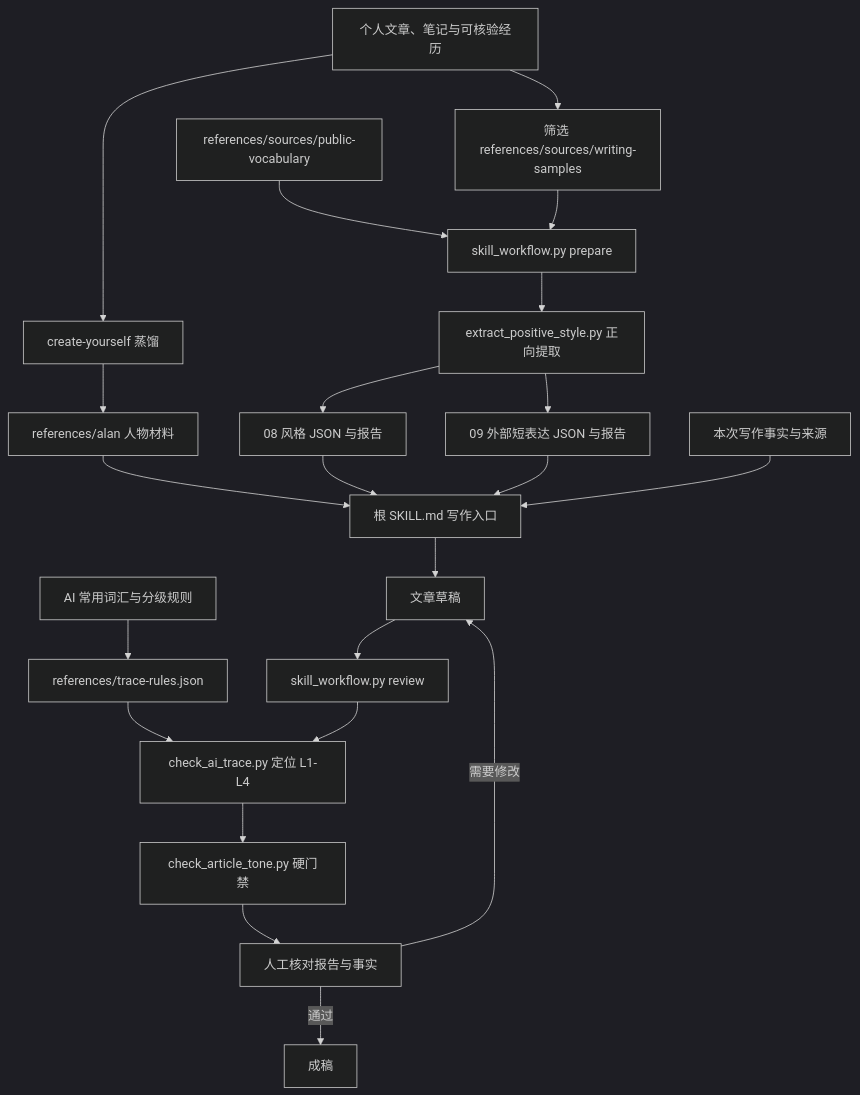
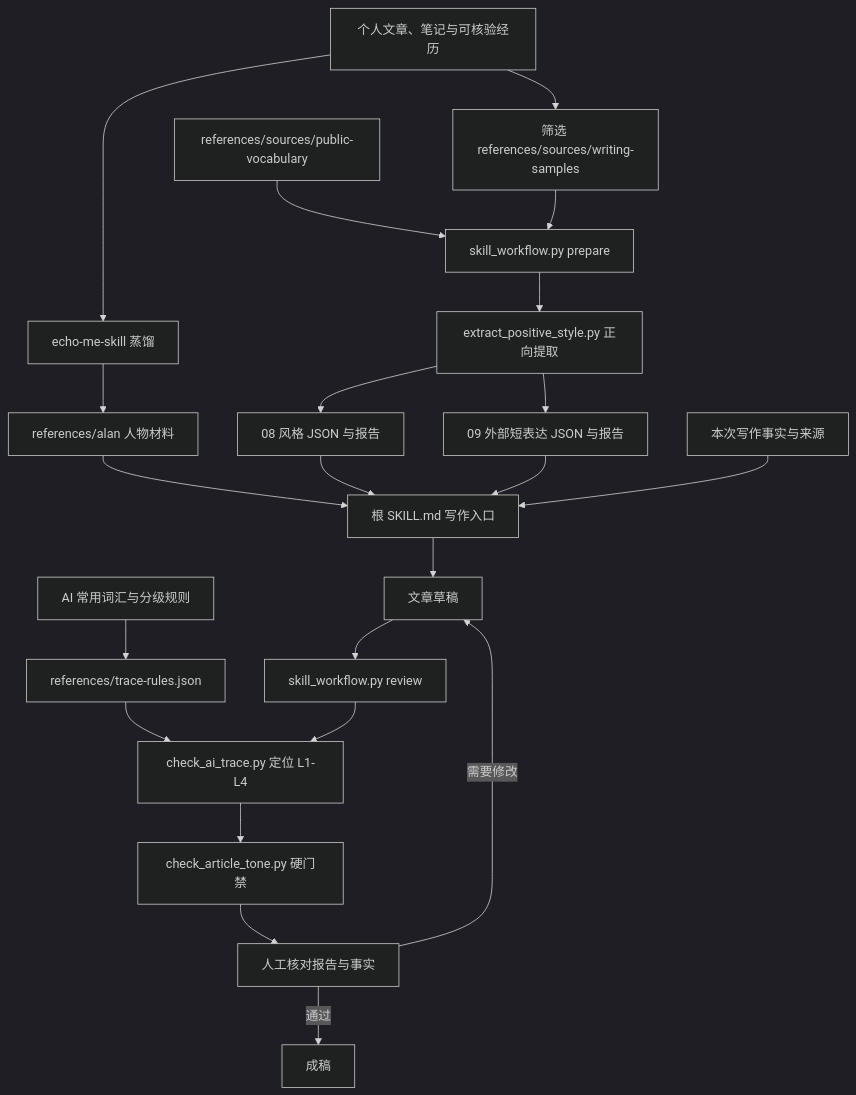
The diagram in src/content/articles/2026-09-23-我把个人口吻和去AI味接进同一个写作Skill-3a5fe2a8.md (xsoway/xsoway.github.io), drawn with Mermaid (dark theme) before and after one commit. The commit also changed other lines of this file and 5 other files, not shown here.

````diff
--- a/src/content/articles/2026-09-23-我把个人口吻和去AI味接进同一个写作Skill-3a5fe2a8.md
+++ b/src/content/articles/2026-09-23-我把个人口吻和去AI味接进同一个写作Skill-3a5fe2a8.md
@@ -21,24 +21,24 @@
 ```mermaid
 flowchart TD
-    A[个人文章、笔记与可核验经历] --> B[create-yourself 蒸馏]
+    A[个人文章、笔记与可核验经历] --> B[echo-me-skill 蒸馏]
     B --> C[references/alan 人物材料]
     A --> D[筛选 references/sources/writing-samples]
     D --> T[skill_workflow.py prepare]
     T --> E[extract_positive_style.py 正向提取]
     E --> F[08 风格 JSON 与报告]
     G[references/sources/public-vocabulary] --> T
     E --> H[09 外部短表达 JSON 与报告]
     I[AI 常用词汇与分级规则] --> J[references/trace-rules.json]
     K[本次写作事实与来源] --> L[根 SKILL.md 写作入口]
     C --> L
     F --> L
     H --> L
     L --> M[文章草稿]
     M --> N[skill_workflow.py review]
     N --> R[check_ai_trace.py 定位 L1-L4]
     R --> S[check_article_tone.py 硬门禁]
     J --> R
     S --> O[人工核对报告与事实]
     O -- 需要修改 --> M
     O -- 通过 --> Q[成稿]
 ```
````
